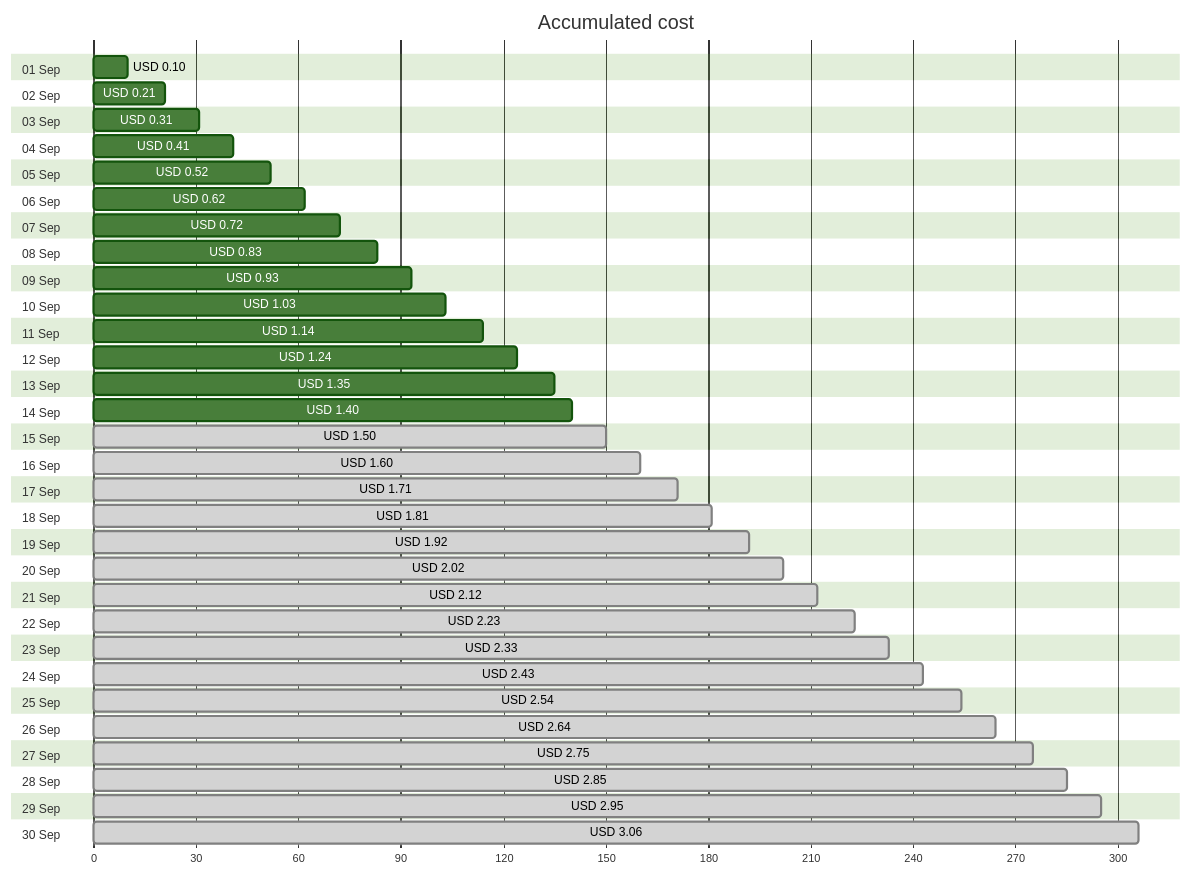
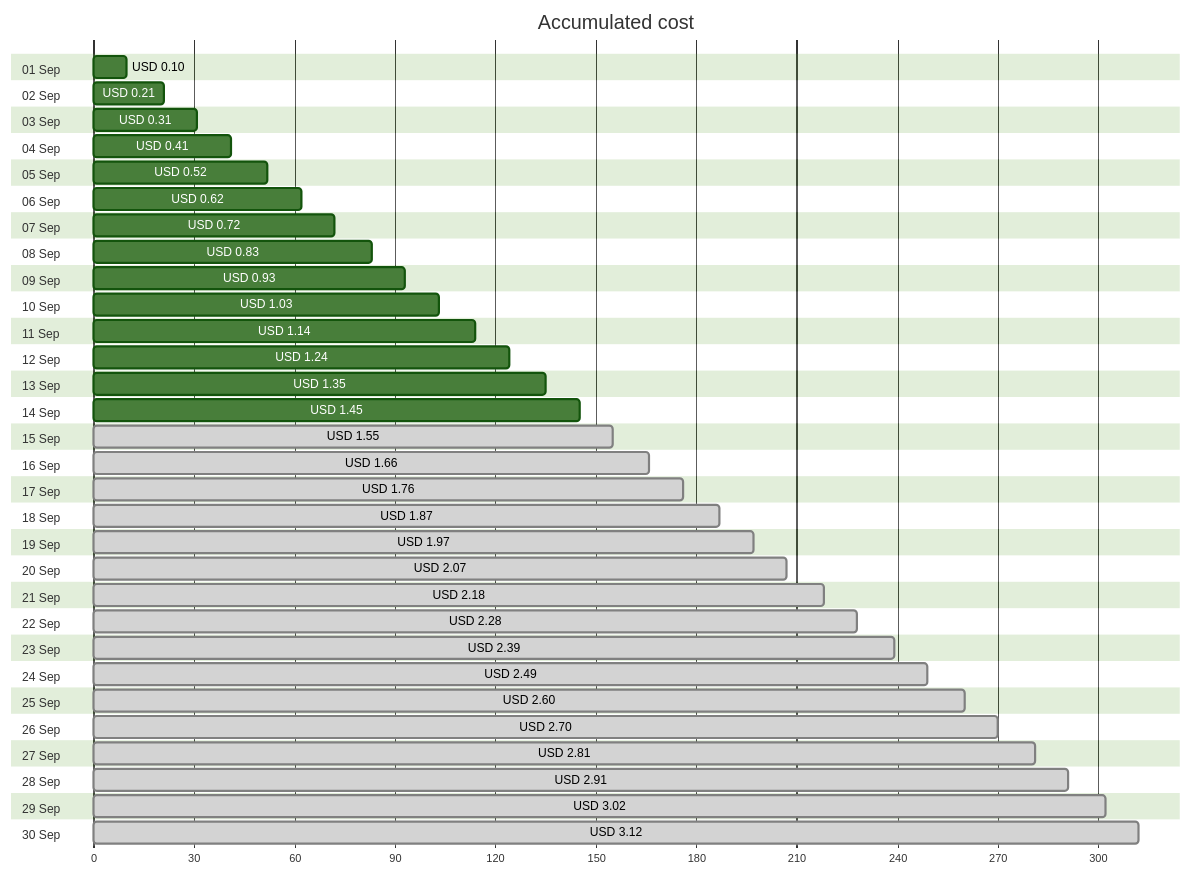
One commit to jpfulton/azure-personal-reports changed the first of 4 diagrams in cost-reports/personal-network/ubuntu-vpn-server-spot_OsDisk.md. Above: the diagram before and after it, drawn with Mermaid (forest theme). The commit also changed other lines of this file and 37 other files, not shown here.

````diff
--- a/cost-reports/personal-network/ubuntu-vpn-server-spot_OsDisk.md
+++ b/cost-reports/personal-network/ubuntu-vpn-server-spot_OsDisk.md
@@ -20,66 +20,66 @@
 ```mermaid
 gantt
    title Accumulated cost
    dateFormat  X
    axisFormat %s
    section 01 Sep
    USD 0.10 :0, 10
    section 02 Sep
    USD 0.21 :0, 21
    section 03 Sep
    USD 0.31 :0, 31
    section 04 Sep
    USD 0.41 :0, 41
    section 05 Sep
    USD 0.52 :0, 52
    section 06 Sep
    USD 0.62 :0, 62
    section 07 Sep
    USD 0.72 :0, 72
    section 08 Sep
    USD 0.83 :0, 83
    section 09 Sep
    USD 0.93 :0, 93
    section 10 Sep
    USD 1.03 :0, 103
    section 11 Sep
    USD 1.14 :0, 114
    section 12 Sep
    USD 1.24 :0, 124
    section 13 Sep
    USD 1.35 :0, 135
    section 14 Sep
-   USD 1.40 :0, 140
+   USD 1.45 :0, 145
    section 15 Sep
-   USD 1.50 : done, 0, 150
+   USD 1.55 : done, 0, 155
    section 16 Sep
-   USD 1.60 : done, 0, 160
+   USD 1.66 : done, 0, 166
    section 17 Sep
-   USD 1.71 : done, 0, 171
+   USD 1.76 : done, 0, 176
    section 18 Sep
-   USD 1.81 : done, 0, 181
+   USD 1.87 : done, 0, 187
    section 19 Sep
-   USD 1.92 : done, 0, 192
+   USD 1.97 : done, 0, 197
    section 20 Sep
-   USD 2.02 : done, 0, 202
+   USD 2.07 : done, 0, 207
    section 21 Sep
-   USD 2.12 : done, 0, 212
+   USD 2.18 : done, 0, 218
    section 22 Sep
-   USD 2.23 : done, 0, 223
+   USD 2.28 : done, 0, 228
    section 23 Sep
-   USD 2.33 : done, 0, 233
+   USD 2.39 : done, 0, 239
    section 24 Sep
-   USD 2.43 : done, 0, 243
+   USD 2.49 : done, 0, 249
    section 25 Sep
-   USD 2.54 : done, 0, 254
+   USD 2.60 : done, 0, 260
    section 26 Sep
-   USD 2.64 : done, 0, 264
+   USD 2.70 : done, 0, 270
    section 27 Sep
-   USD 2.75 : done, 0, 275
+   USD 2.81 : done, 0, 281
    section 28 Sep
-   USD 2.85 : done, 0, 285
+   USD 2.91 : done, 0, 291
    section 29 Sep
-   USD 2.95 : done, 0, 295
+   USD 3.02 : done, 0, 302
    section 30 Sep
-   USD 3.06 : done, 0, 306
+   USD 3.12 : done, 0, 312
 ```
````
